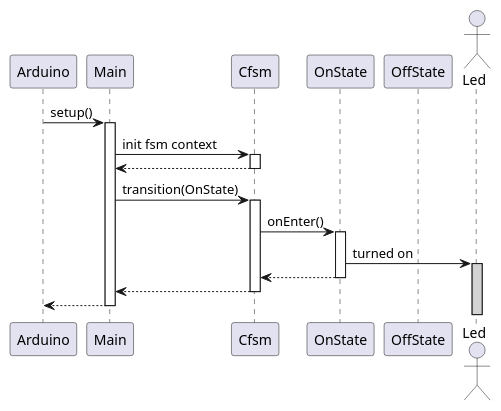
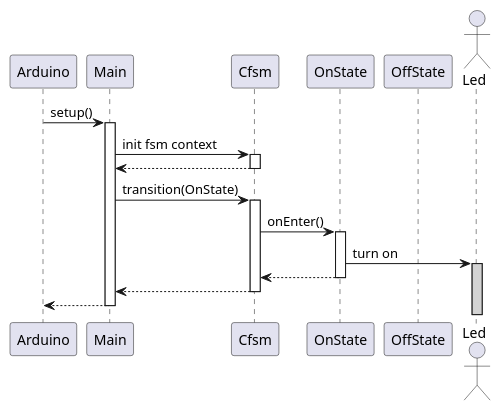
The diagram in examples/UnoBlink/doc/BlinkSetup.puml (nhjschulz/cfsm), drawn with PlantUML before and after one commit. The commit also changed 35 other files, not shown here.

```diff
--- a/examples/UnoBlink/doc/BlinkSetup.puml
+++ b/examples/UnoBlink/doc/BlinkSetup.puml
@@ -1,21 +1,22 @@
-@startuml CFSM stateAlias1 --> stateAlias2 : messageOrCond2 <<stereotype1>>
+@startuml CFSM state
+
 autoactivate on
 
 participant Arduino
 participant Main
 participant Cfsm
 participant OnState
 participant OffState
 Actor Led
 
 Arduino -> Main: setup()
 Main -> Cfsm : init fsm context
 Main <-- Cfsm
 Main -> Cfsm : transition(OnState)
 Cfsm -> OnState : onEnter()
-OnState -> Led #LightGray : turned on
+OnState -> Led #LightGray : turn on
 Cfsm <-- OnState
 Main <-- Cfsm
 Arduino <-- Main
 
 @enduml
```
